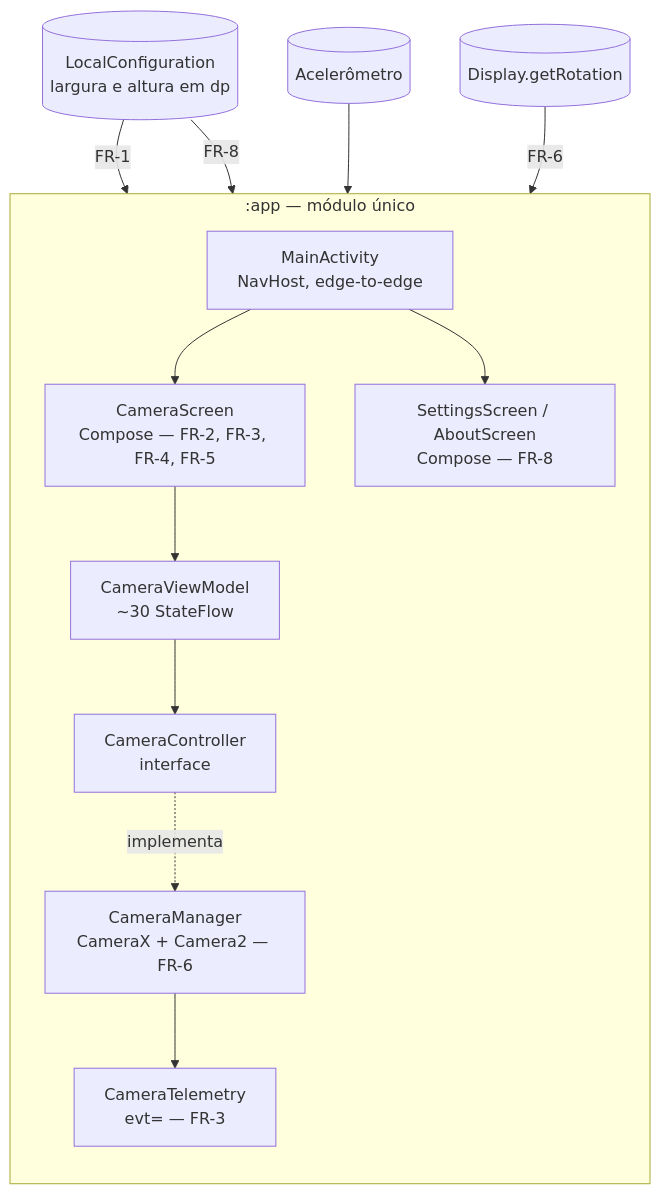
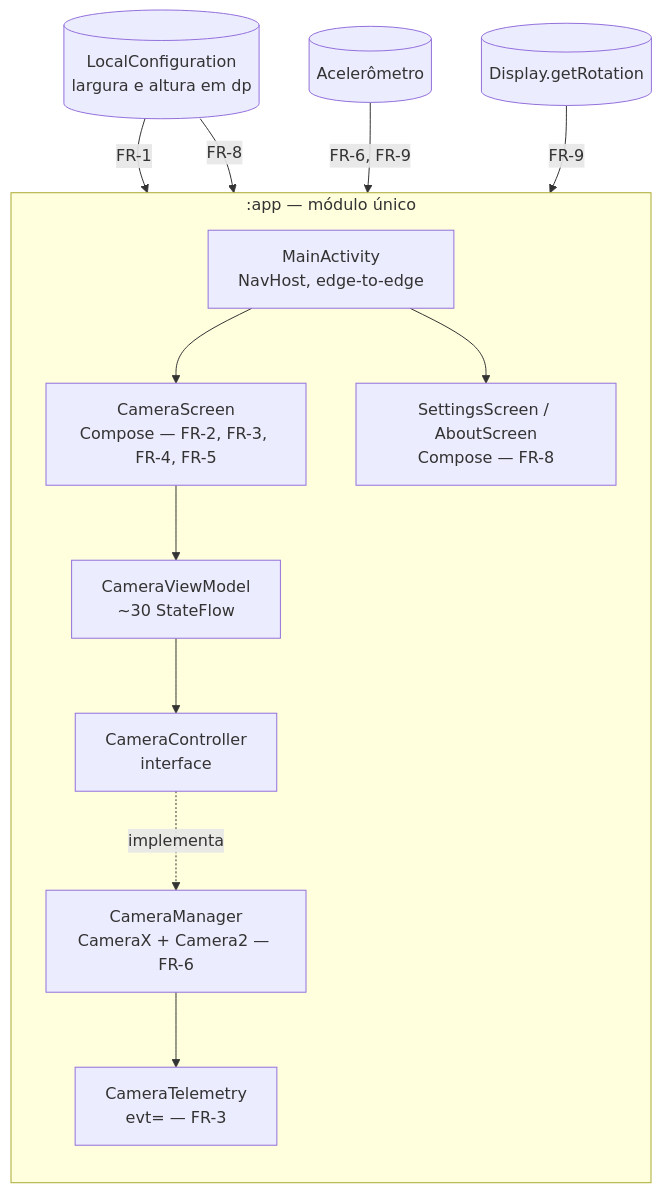
Before and after one commit to alvesmaicon/space-camera: the second of 7 diagrams in specs/2026-08-03-adaptive-layout/design.md, drawn with Mermaid. The commit also changed other lines of this file and 7 other files, not shown here.

````diff
--- a/specs/2026-08-03-adaptive-layout/design.md
+++ b/specs/2026-08-03-adaptive-layout/design.md
@@ -43,28 +46,28 @@
 ```mermaid
 flowchart TB
     subgraph app [":app — módulo único"]
         direction TB
         MA[MainActivity<br/>NavHost, edge-to-edge]
         CS[CameraScreen<br/>Compose — FR-2, FR-3, FR-4, FR-5]
         SS[SettingsScreen / AboutScreen<br/>Compose — FR-8]
         VM[CameraViewModel<br/>~30 StateFlow]
         CC[CameraController<br/>interface]
         CM[CameraManager<br/>CameraX + Camera2 — FR-6]
         TEL[CameraTelemetry<br/>evt= — FR-3]
     end
 
     Cfg[(LocalConfiguration<br/>largura e altura em dp)]
     Disp[(Display.getRotation)]
     Acc[(Acelerômetro)]
 
     MA --> CS
     MA --> SS
     Cfg -->|FR-1| CS
     Cfg -->|FR-8| SS
-    Acc --> CS
-    Disp -->|FR-6| CS
+    Acc -->|FR-6, FR-9| CS
+    Disp -->|FR-9| CS
     CS --> VM
     VM --> CC
     CC -.implementa.-> CM
     CM --> TEL
 ```
````
